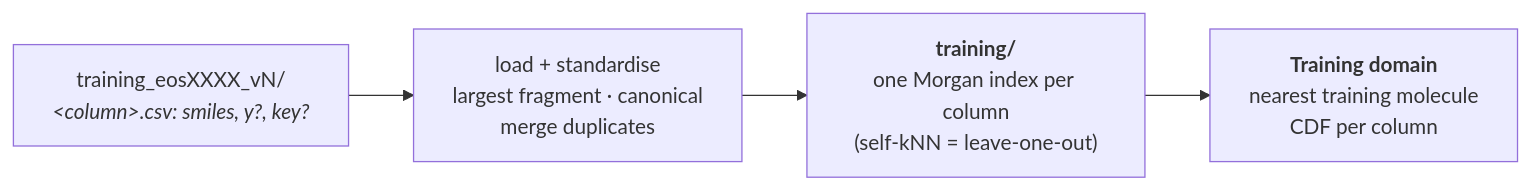
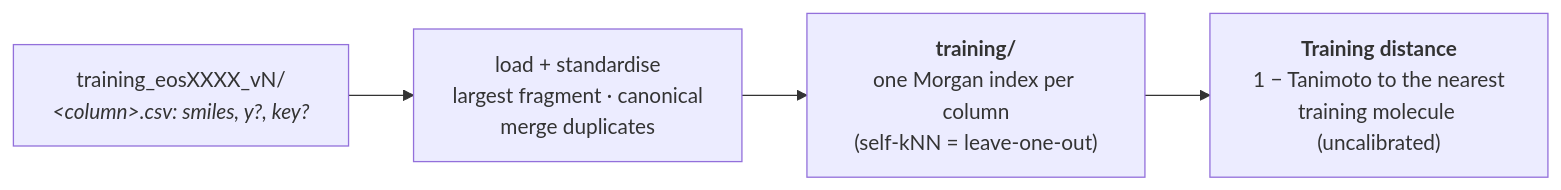
Before and after one commit to ersilia-os/eosquality: the second of 3 diagrams in docs/diagram.md, drawn with Mermaid. The commit also changed other lines of this file and 26 other files, not shown here.

First line of the commit message:
Training mode: uncalibrated training_distance, --training-sets, sectioned help

````diff
--- a/docs/diagram.md
+++ b/docs/diagram.md
@@ -27,6 +27,6 @@
 ```mermaid
 flowchart LR
     TR["training_eosXXXX_vN/<br/><i>&lt;column&gt;.csv: smiles, y?, key?</i>"] --> LD["load + standardise<br/>largest fragment · canonical<br/>merge duplicates"]
     LD --> IDX["<b>training/</b><br/>one Morgan index per column<br/>(self-kNN = leave-one-out)"]
-    IDX --> TD["<b>Training domain</b><br/>nearest training molecule<br/>CDF per column"]
+    IDX --> TD["<b>Training distance</b><br/>1 − Tanimoto to the nearest<br/>training molecule (uncalibrated)"]
 ```
````
